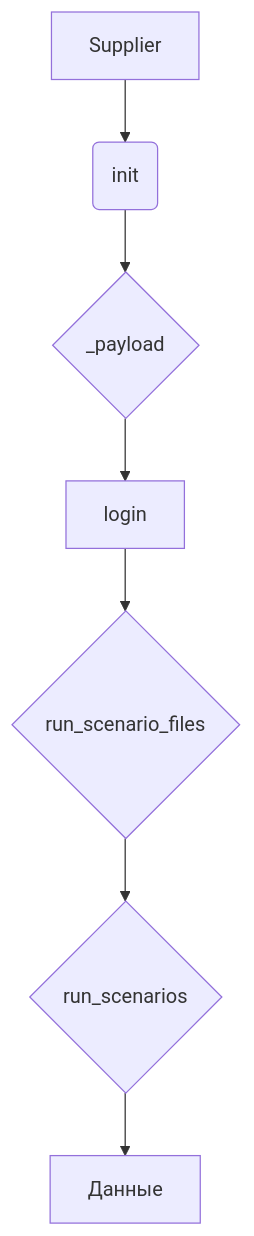
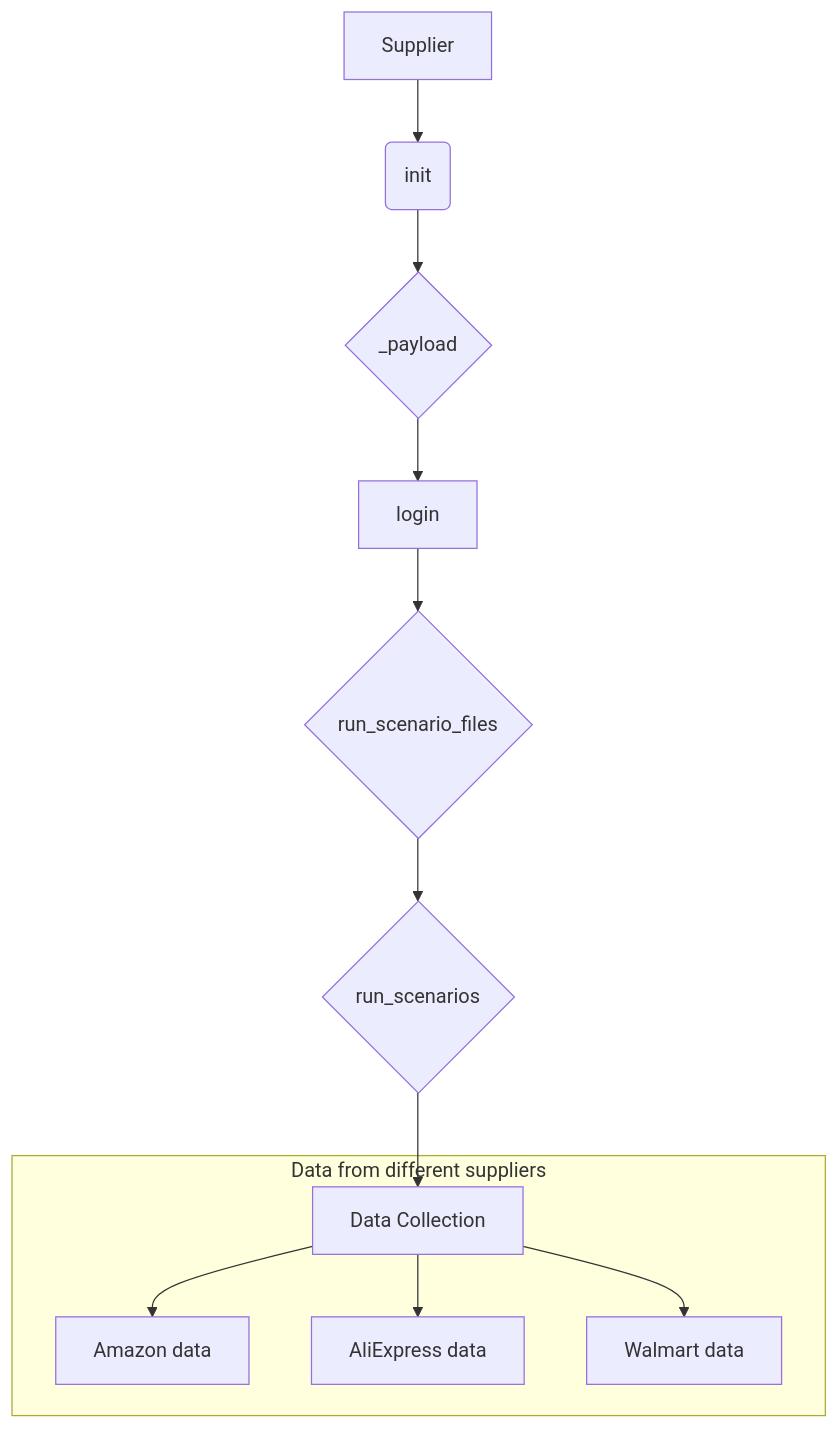
Before and after one commit to hypo69/hypo: the diagram in docs/gemini/ru/explainer/src/suppliers/_docs/supplier.ru.md, drawn with Mermaid. The commit also changed other lines of this file and 468 other files, not shown here.

````diff
--- a/docs/gemini/ru/explainer/src/suppliers/_docs/supplier.ru.md
+++ b/docs/gemini/ru/explainer/src/suppliers/_docs/supplier.ru.md
@@ -63,9 +79,14 @@
 ```mermaid
 graph TD
     A[Supplier] --> B(init);
     B --> C{_payload};
     C --> D[login];
     D --> E{run_scenario_files};
     E --> F{run_scenarios};
-    F --> G[Данные];
+    F --> G[Data Collection];
+    subgraph "Data from different suppliers"
+        G --> H[Amazon data];
+        G --> I[AliExpress data];
+        G --> J[Walmart data];
+    end
 ```
````
